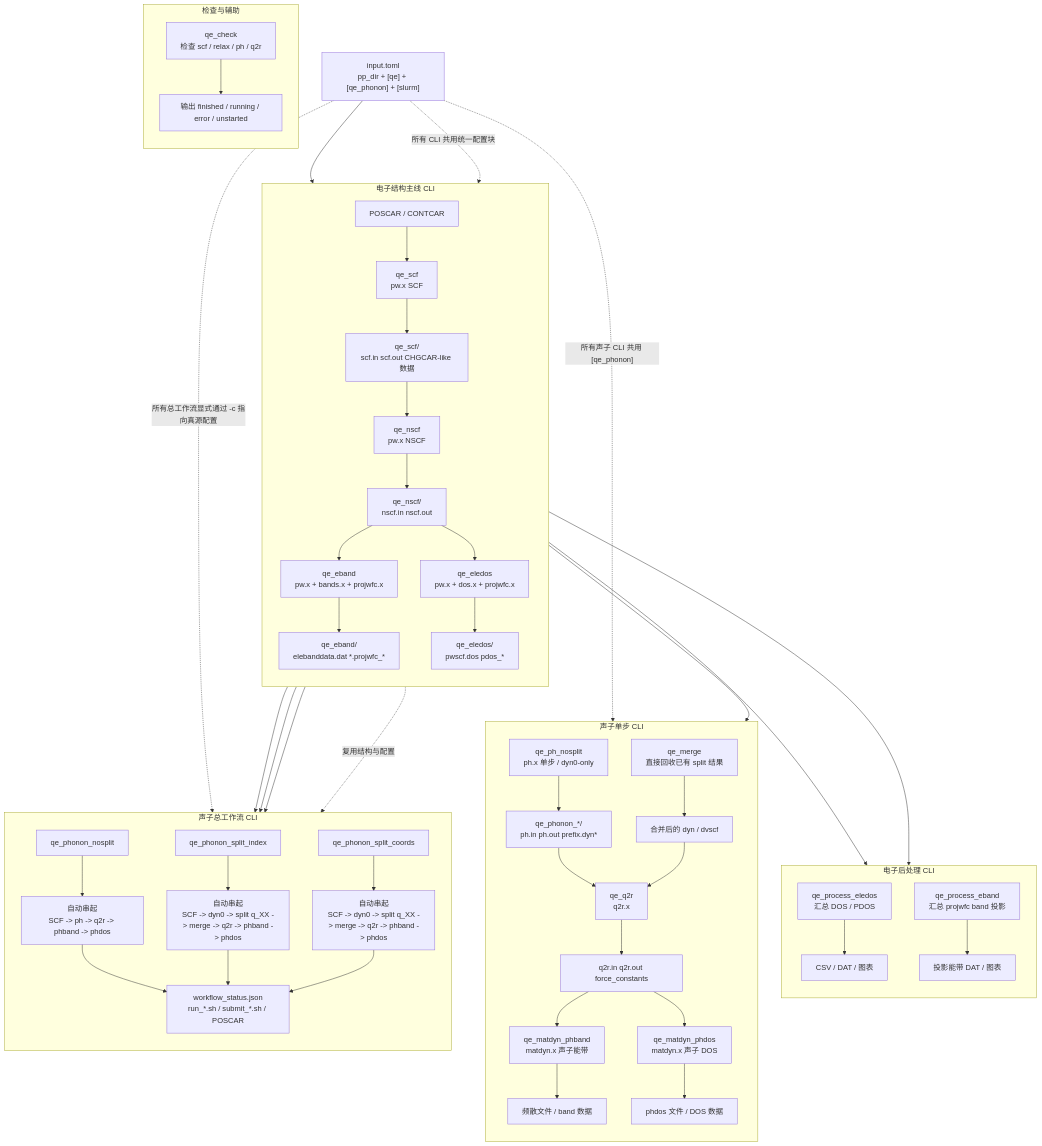
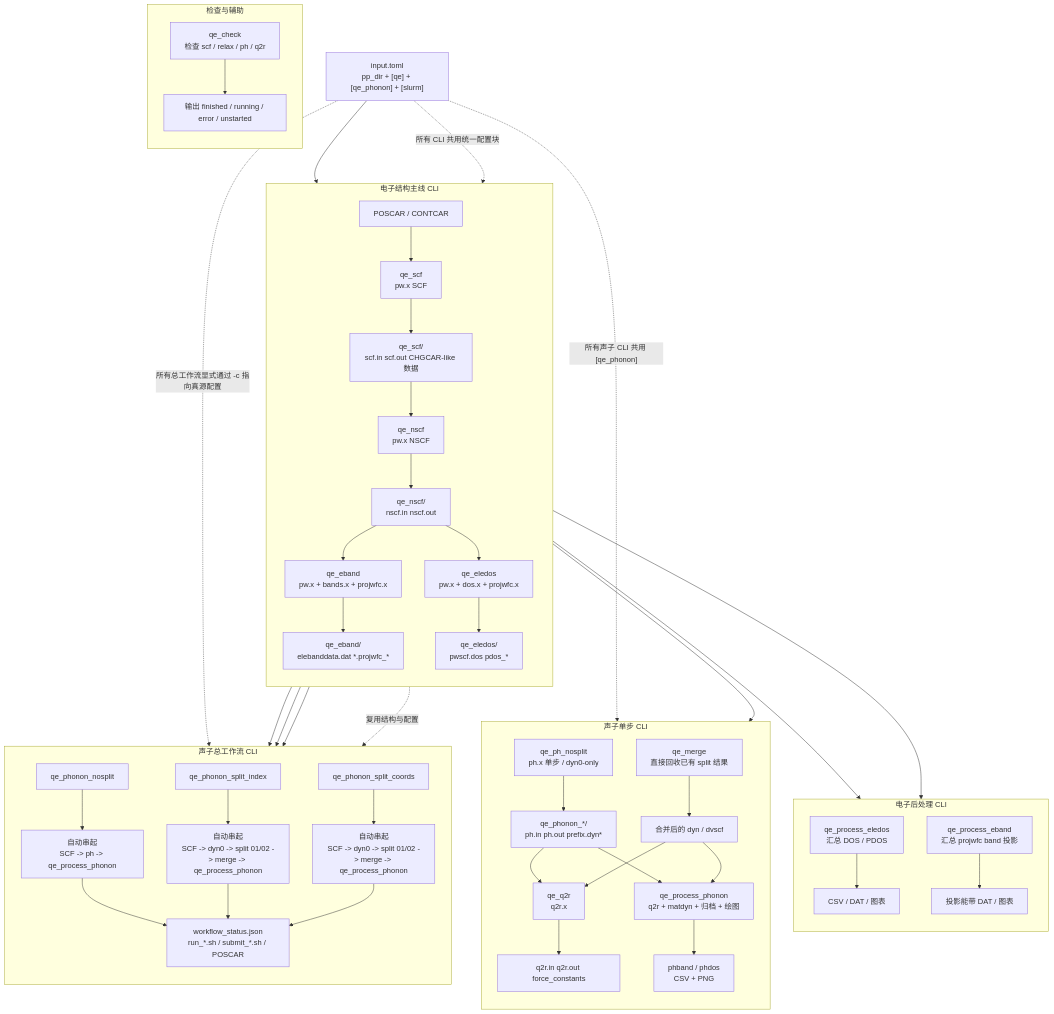
Before and after one commit to JLU-ICCMS-MaYuan/dftflow: the diagram in qeflow/qeflow-cli-flow.mmd, drawn with Mermaid. The commit also changed 14 other files, not shown here.

```diff
--- a/qeflow/qeflow-cli-flow.mmd
+++ b/qeflow/qeflow-cli-flow.mmd
@@ -1,68 +1,67 @@
 ---
 id: 9d23b8b8-8985-4c98-9f55-d7b4e3a87670
 ---
 flowchart TD
     A["input.toml<br/>pp_dir + [qe] + [qe_phonon] + [slurm]"] --> B["POSCAR / CONTCAR"]
 
     subgraph E0["电子结构主线 CLI"]
         direction TD
         B --> E1["qe_scf<br/>pw.x SCF"]
         E1 --> E1O["qe_scf/<br/>scf.in scf.out CHGCAR-like 数据"]
         E1O --> E2["qe_nscf<br/>pw.x NSCF"]
         E2 --> E2O["qe_nscf/<br/>nscf.in nscf.out"]
         E2O --> E3["qe_eband<br/>pw.x + bands.x + projwfc.x"]
         E3 --> E3O["qe_eband/<br/>elebanddata.dat *.projwfc_*"]
         E2O --> E4["qe_eledos<br/>pw.x + dos.x + projwfc.x"]
         E4 --> E4O["qe_eledos/<br/>pwscf.dos pdos_*"]
     end
 
     subgraph E5["电子后处理 CLI"]
         direction TD
         E4O --> E6["qe_process_eledos<br/>汇总 DOS / PDOS"]
         E6 --> E6O["CSV / DAT / 图表"]
         E3O --> E7["qe_process_eband<br/>汇总 projwfc band 投影"]
         E7 --> E7O["投影能带 DAT / 图表"]
     end
 
     subgraph P0["声子单步 CLI"]
         direction TD
         B --> P1["qe_ph_nosplit<br/>ph.x 单步 / dyn0-only"]
         P1 --> P1O["qe_phonon_*/<br/>ph.in ph.out prefix.dyn*"]
 
         P4["qe_merge<br/>直接回收已有 split 结果"]
         P4 --> P4O["合并后的 dyn / dvscf"]
 
         P1O --> P5["qe_q2r<br/>q2r.x"]
         P4O --> P5
         P5 --> P5O["q2r.in q2r.out force_constants"]
 
-        P5O --> P6["qe_matdyn_phband<br/>matdyn.x 声子能带"]
-        P5O --> P7["qe_matdyn_phdos<br/>matdyn.x 声子 DOS"]
-        P6 --> P6O["频散文件 / band 数据"]
-        P7 --> P7O["phdos 文件 / DOS 数据"]
+        P1O --> P6["qe_process_phonon<br/>q2r + matdyn + 归档 + 绘图"]
+        P4O --> P6
+        P6 --> P6O["phband / phdos<br/>CSV + PNG"]
     end
 
     subgraph P8["声子总工作流 CLI"]
         direction TD
         B --> W1["qe_phonon_nosplit"]
         B --> W2["qe_phonon_split_index"]
         B --> W3["qe_phonon_split_coords"]
 
-        W1 --> W1S["自动串起<br/>SCF -> ph -> q2r -> phband -> phdos"]
-        W2 --> W2S["自动串起<br/>SCF -> dyn0 -> split q_XX -> merge -> q2r -> phband -> phdos"]
-        W3 --> W3S["自动串起<br/>SCF -> dyn0 -> split q_XX -> merge -> q2r -> phband -> phdos"]
+        W1 --> W1S["自动串起<br/>SCF -> ph -> qe_process_phonon"]
+        W2 --> W2S["自动串起<br/>SCF -> dyn0 -> split 01/02 -> merge -> qe_process_phonon"]
+        W3 --> W3S["自动串起<br/>SCF -> dyn0 -> split 01/02 -> merge -> qe_process_phonon"]
 
         W1S --> WS["workflow_status.json<br/>run_*.sh / submit_*.sh / POSCAR"]
         W2S --> WS
         W3S --> WS
     end
 
     subgraph C0["检查与辅助"]
         direction TD
         C1["qe_check<br/>检查 scf / relax / ph / q2r"] --> C2["输出 finished / running / error / unstarted"]
     end
 
     E1O -. 复用结构与配置 .-> P8
     A -. 所有 CLI 共用统一配置块 .-> E0
     A -. 所有声子 CLI 共用 [qe_phonon] .-> P0
     A -. 所有总工作流显式通过 -c 指向真源配置 .-> P8
```
